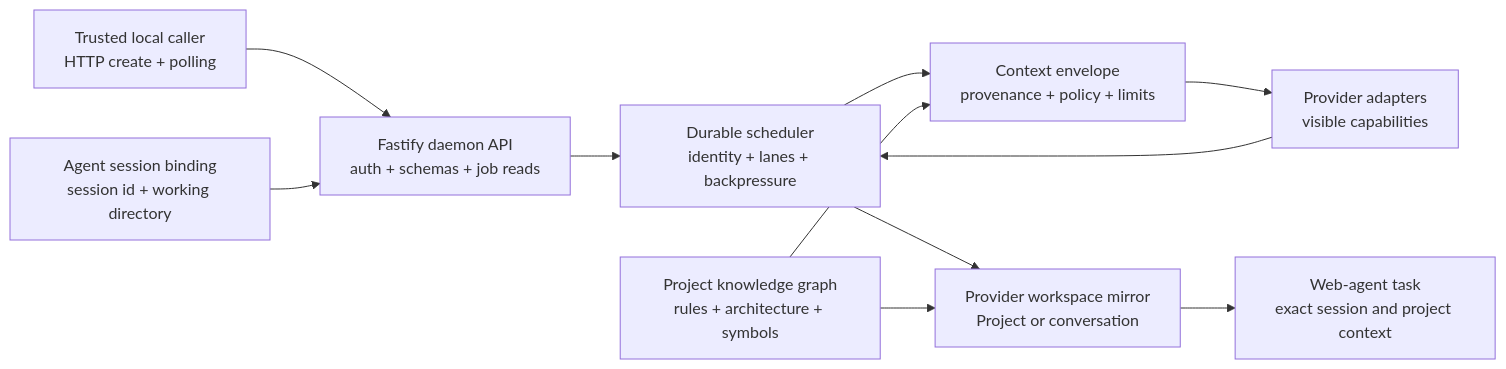
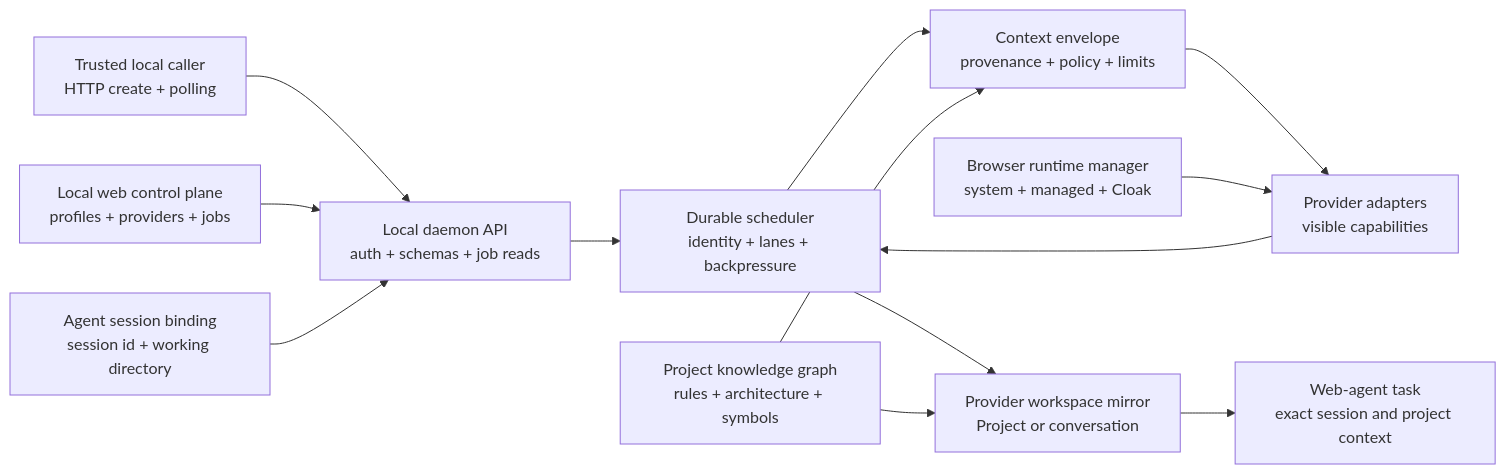
One commit to jazelly/tokenless changed the diagram in docs/roadmaps/README.md. Above: the diagram before and after it, drawn with Mermaid. The commit also changed other lines of this file and 43 other files, not shown here.

````diff
--- a/docs/roadmaps/README.md
+++ b/docs/roadmaps/README.md
@@ -55,23 +57,27 @@
 ```mermaid
 flowchart LR
   Caller["Trusted local caller<br/>HTTP create + polling"]
-  API["Fastify daemon API<br/>auth + schemas + job reads"]
+  UI["Local web control plane<br/>profiles + providers + jobs"]
+  API["Local daemon API<br/>auth + schemas + job reads"]
   Session["Agent session binding<br/>session id + working directory"]
   Scheduler["Durable scheduler<br/>identity + lanes + backpressure"]
   Context["Context envelope<br/>provenance + policy + limits"]
   Graph["Project knowledge graph<br/>rules + architecture + symbols"]
+  Browser["Browser runtime manager<br/>system + managed + Cloak"]
   Provider["Provider adapters<br/>visible capabilities"]
   Workspace["Provider workspace mirror<br/>Project or conversation"]
   Task["Web-agent task<br/>exact session and project context"]
 
   Caller --> API
+  UI --> API
   Session --> API
   API --> Scheduler
   Scheduler --> Context
   Graph --> Context
   Context --> Provider
+  Browser --> Provider
   Provider --> Scheduler
   Scheduler --> Workspace
   Graph --> Workspace
   Workspace --> Task
 ```
````
